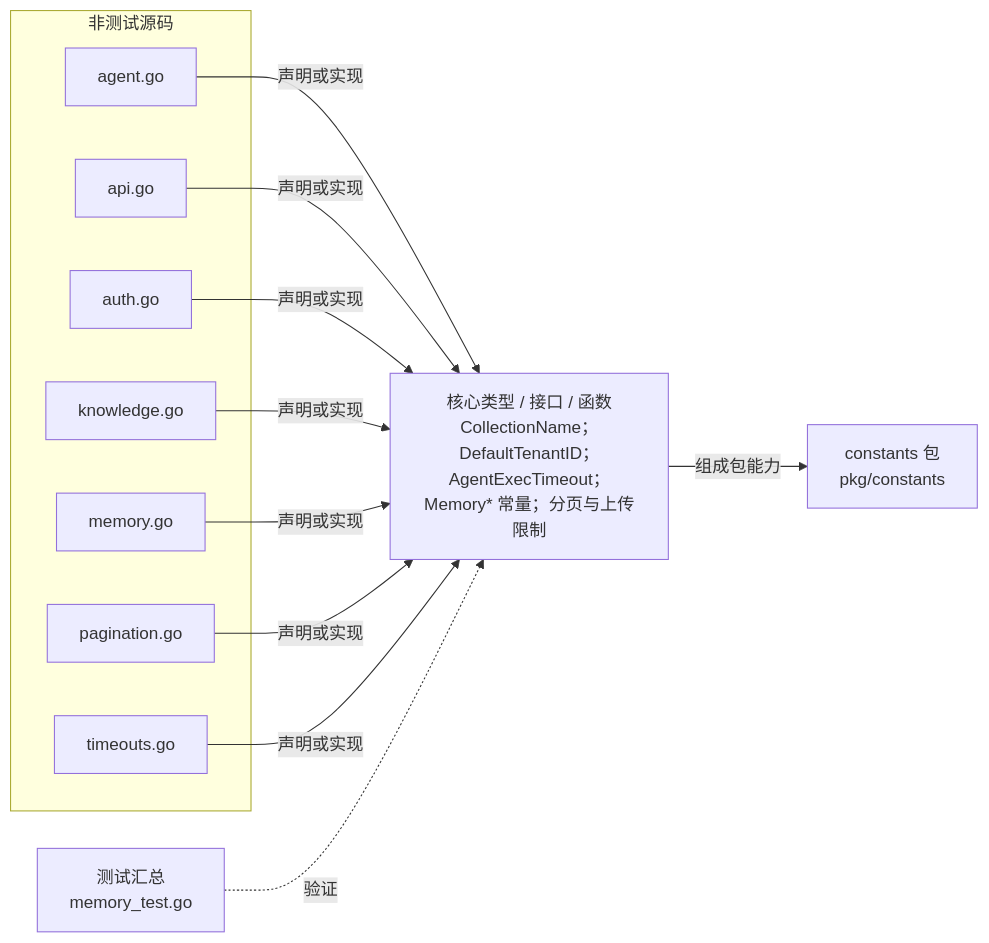
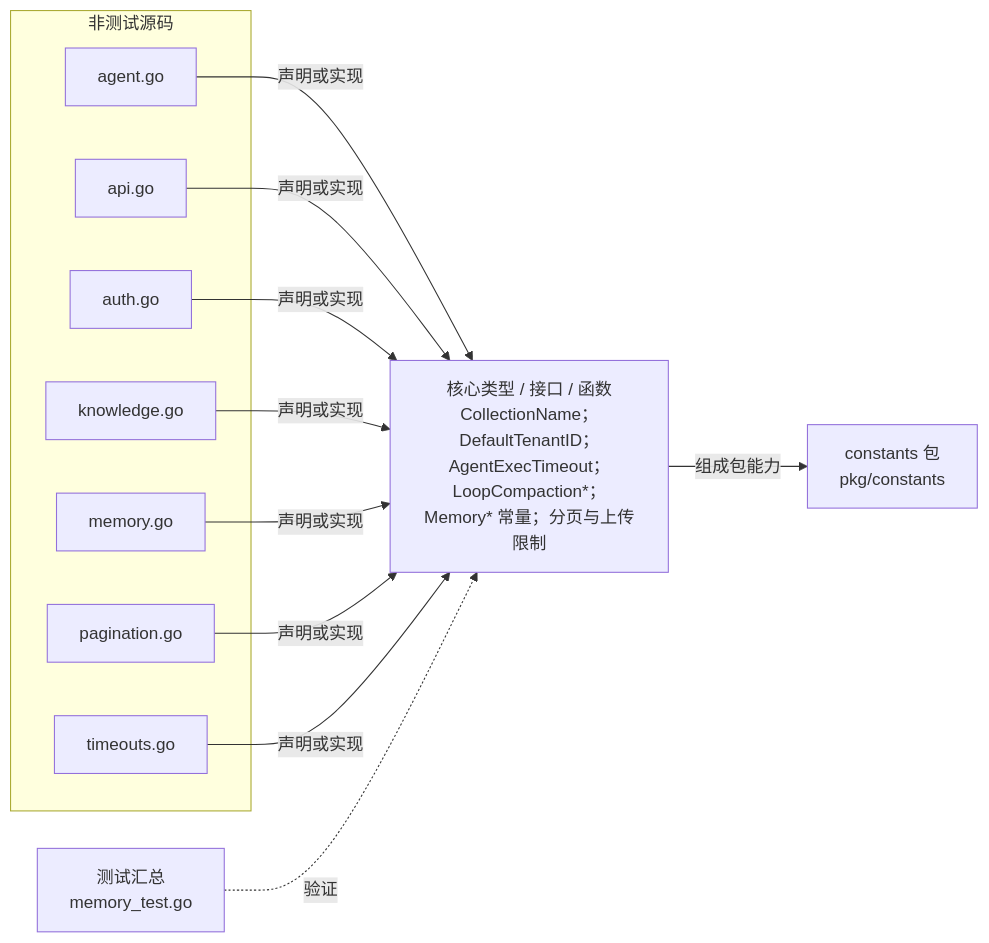
One commit to ArchChuan/Stratum changed the diagram in docs/go-package-architecture/pkg-constants.md. Above: the diagram before and after it, drawn with Mermaid. The commit also changed 26 other files, not shown here.

````diff
--- a/docs/go-package-architecture/pkg-constants.md
+++ b/docs/go-package-architecture/pkg-constants.md
@@ -7,24 +7,24 @@
 ```mermaid
 flowchart LR
   pkg["constants 包<br/>pkg/constants"]
-  api["核心类型 / 接口 / 函数<br/>CollectionName；DefaultTenantID；AgentExecTimeout；Memory* 常量；分页与上传限制"]
+  api["核心类型 / 接口 / 函数<br/>CollectionName；DefaultTenantID；AgentExecTimeout；LoopCompaction*；Memory* 常量；分页与上传限制"]
   subgraph source[非测试源码]
     f0["agent.go"]
     f1["api.go"]
     f2["auth.go"]
     f3["knowledge.go"]
     f4["memory.go"]
     f5["pagination.go"]
     f6["timeouts.go"]
   end
   f0 -->|声明或实现| api
   f1 -->|声明或实现| api
   f2 -->|声明或实现| api
   f3 -->|声明或实现| api
   f4 -->|声明或实现| api
   f5 -->|声明或实现| api
   f6 -->|声明或实现| api
   api -->|组成包能力| pkg
   tests["测试汇总<br/>memory_test.go"]
   tests -.->|验证| api
 ```
````
